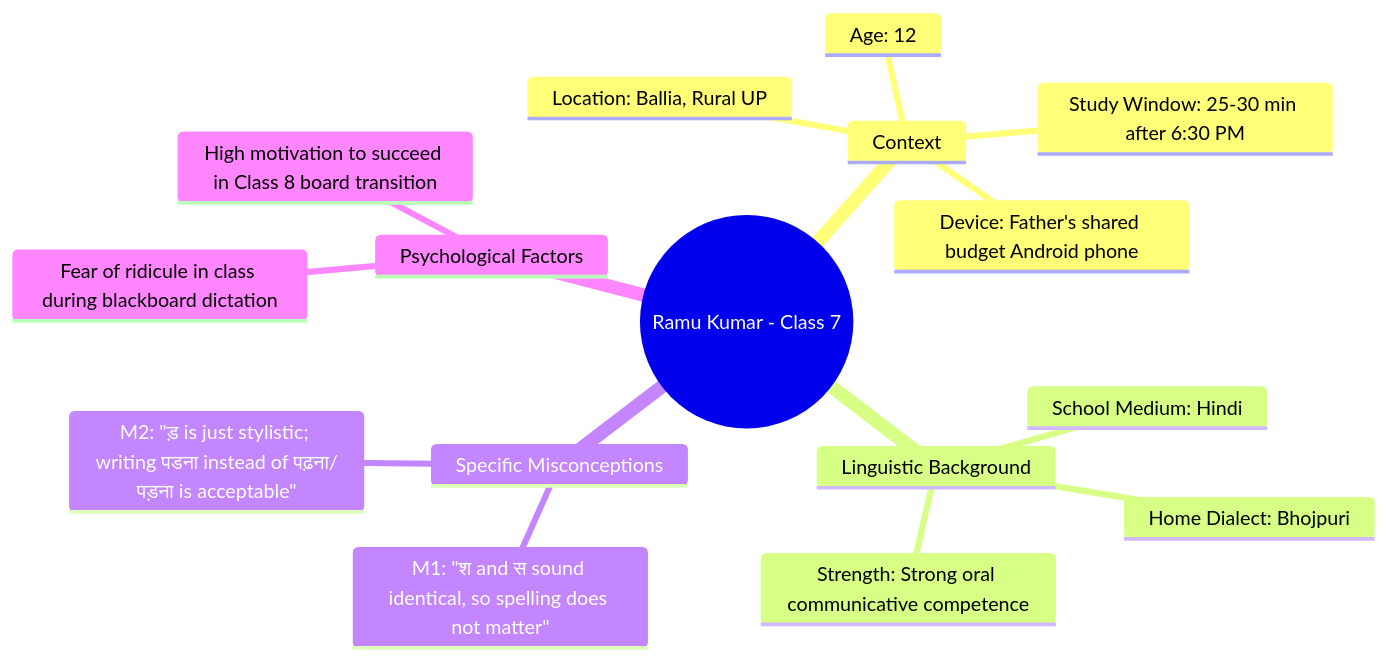
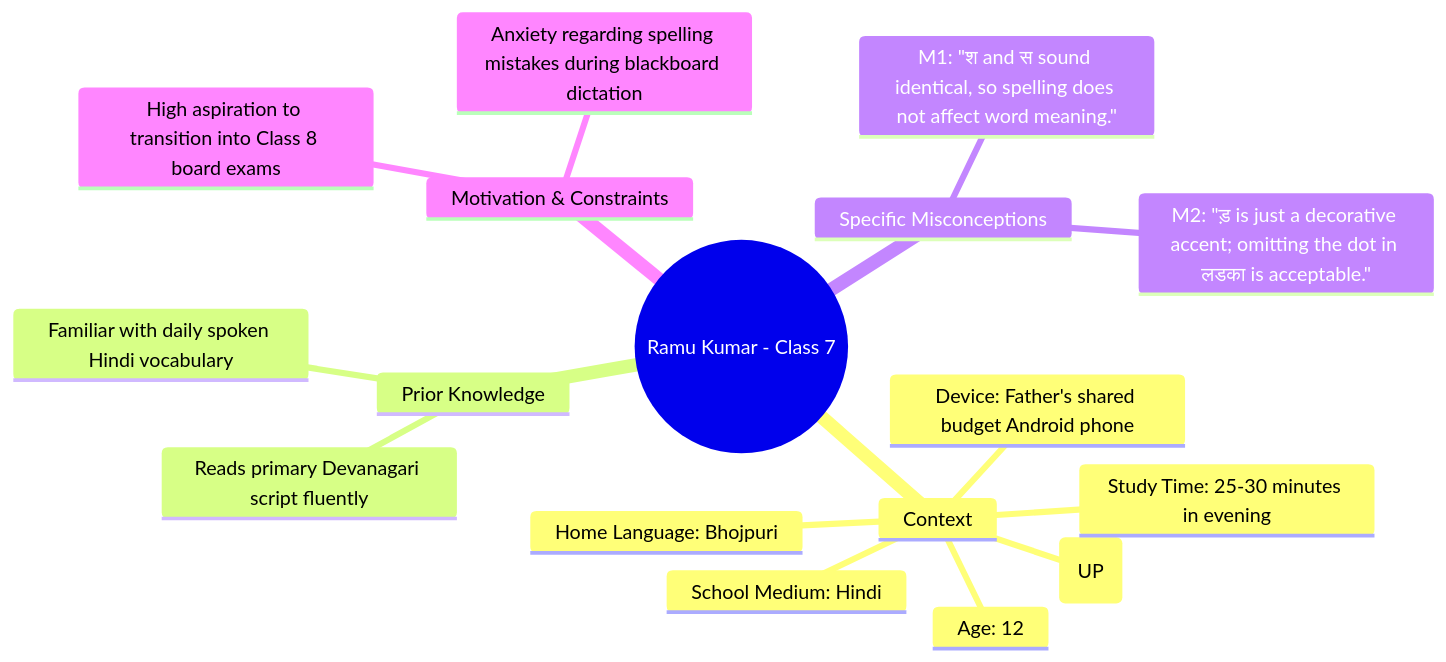
One commit to GarvitGarg2005/et617-endsem-24b1297 changed the diagram in REPORT.md. Above: the diagram before and after it, drawn with Mermaid. The commit also changed other lines of this file and 1 other file, not shown here.

````diff
--- a/REPORT.md
+++ b/REPORT.md
@@ -30,19 +30,20 @@
 ```mermaid
 mindmap
   root((Ramu Kumar - Class 7))
     Context
       Age: 12
-      Location: Ballia, Rural UP
+      School: Govt. Upper Primary School, Ballia (UP)
+      Home Language: Bhojpuri
+      School Medium: Hindi
       Device: Father's shared budget Android phone
-      Study Window: 25-30 min after 6:30 PM
-    Linguistic Background
-      Home Dialect: Bhojpuri
-      School Medium: Hindi
-      Strength: Strong oral communicative competence
+      Study Time: 25-30 minutes in evening
+    Prior Knowledge
+      Reads primary Devanagari script fluently
+      Familiar with daily spoken Hindi vocabulary
     Specific Misconceptions
-      M1: "श and स sound identical, so spelling does not matter"
-      M2: "ड़ is just stylistic; writing पडना instead of पढ़ना/पड़ना is acceptable"
-    Psychological Factors
-      Fear of ridicule in class during blackboard dictation
-      High motivation to succeed in Class 8 board transition
+      M1: "श and स sound identical, so spelling does not affect word meaning."
+      M2: "ड़ is just a decorative accent; omitting the dot in लडका is acceptable."
+    Motivation & Constraints
+      High aspiration to transition into Class 8 board exams
+      Anxiety regarding spelling mistakes during blackboard dictation
 ```
````
